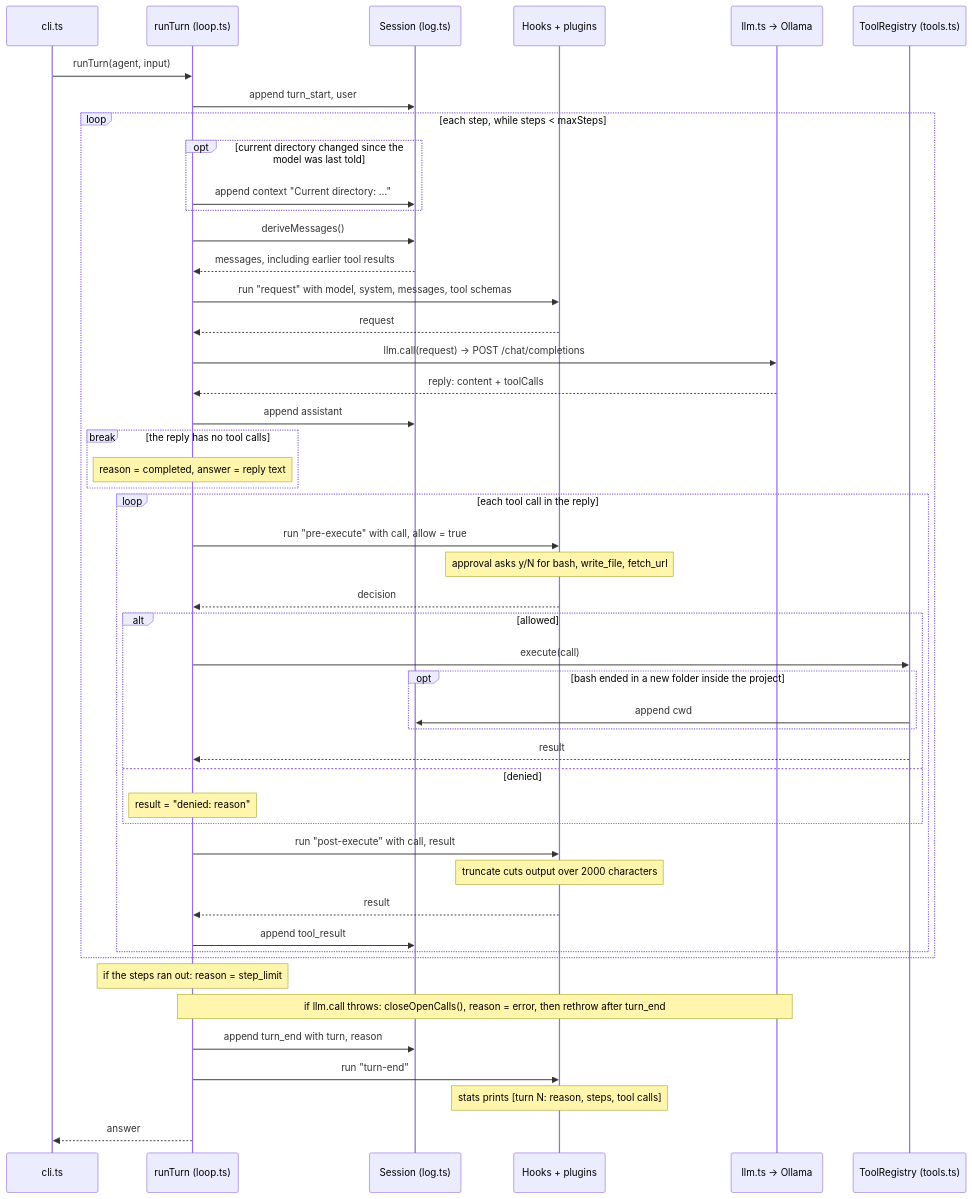
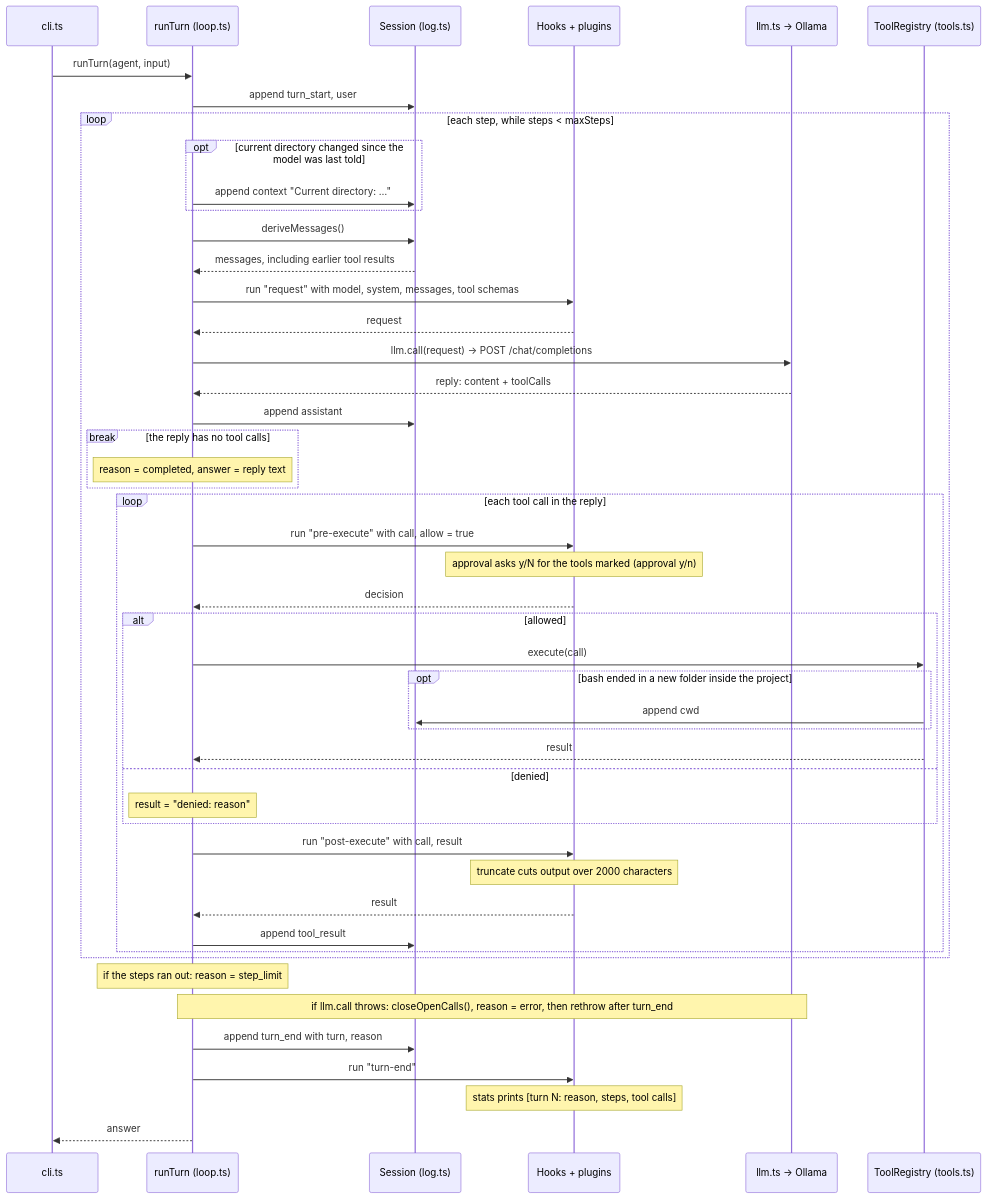
Before and after one commit to karthikeyanrathore/tiny-harness: the second of 2 diagrams in README.md, drawn with Mermaid. The commit also changed other lines of this file and 6 other files, not shown here.

````diff
--- a/README.md
+++ b/README.md
@@ -58,53 +80,53 @@
 ```mermaid
 sequenceDiagram
     participant CLI as cli.ts
     participant Turn as runTurn (loop.ts)
     participant Log as Session (log.ts)
     participant Hooks as Hooks + plugins
     participant LLM as llm.ts → Ollama
     participant Tools as ToolRegistry (tools.ts)
 
     CLI->>Turn: runTurn(agent, input)
     Turn->>Log: append turn_start, user
 
     loop each step, while steps < maxSteps
         opt current directory changed since the model was last told
             Turn->>Log: append context "Current directory: …"
         end
         Turn->>Log: deriveMessages()
         Log-->>Turn: messages, including earlier tool results
         Turn->>Hooks: run "request" with model, system, messages, tool schemas
         Hooks-->>Turn: request
         Turn->>LLM: llm.call(request) → POST /chat/completions
         LLM-->>Turn: reply: content + toolCalls
         Turn->>Log: append assistant
         break the reply has no tool calls
             Note over Turn: reason = completed, answer = reply text
         end
         loop each tool call in the reply
             Turn->>Hooks: run "pre-execute" with call, allow = true
-            Note over Hooks: approval asks y/N for bash, write_file, fetch_url
+            Note over Hooks: approval asks y/N for the tools marked (approval y/n)
             Hooks-->>Turn: decision
             alt allowed
                 Turn->>Tools: execute(call)
                 opt bash ended in a new folder inside the project
                     Tools->>Log: append cwd
                 end
                 Tools-->>Turn: result
             else denied
                 Note over Turn: result = "denied: reason"
             end
             Turn->>Hooks: run "post-execute" with call, result
             Note over Hooks: truncate cuts output over 2000 characters
             Hooks-->>Turn: result
             Turn->>Log: append tool_result
         end
     end
 
     Note over Turn: if the steps ran out: reason = step_limit
     Note over Turn,LLM: if llm.call throws: closeOpenCalls(), reason = error, then rethrow after turn_end
     Turn->>Log: append turn_end with turn, reason
     Turn->>Hooks: run "turn-end"
     Note over Hooks: stats prints [turn N: reason, steps, tool calls]
     Turn-->>CLI: answer
 ```
````
